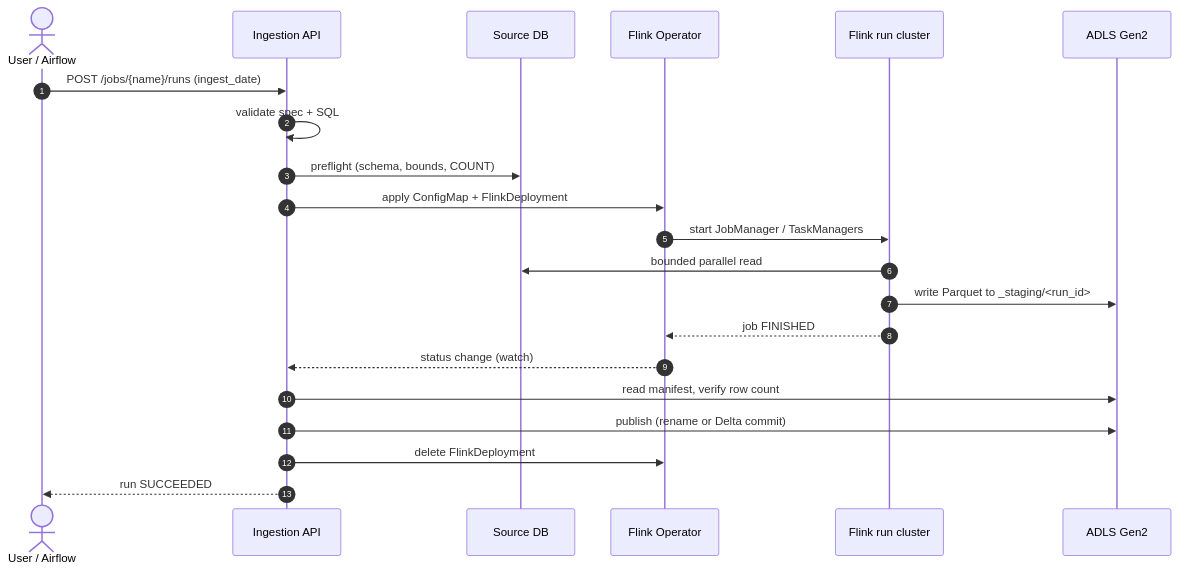
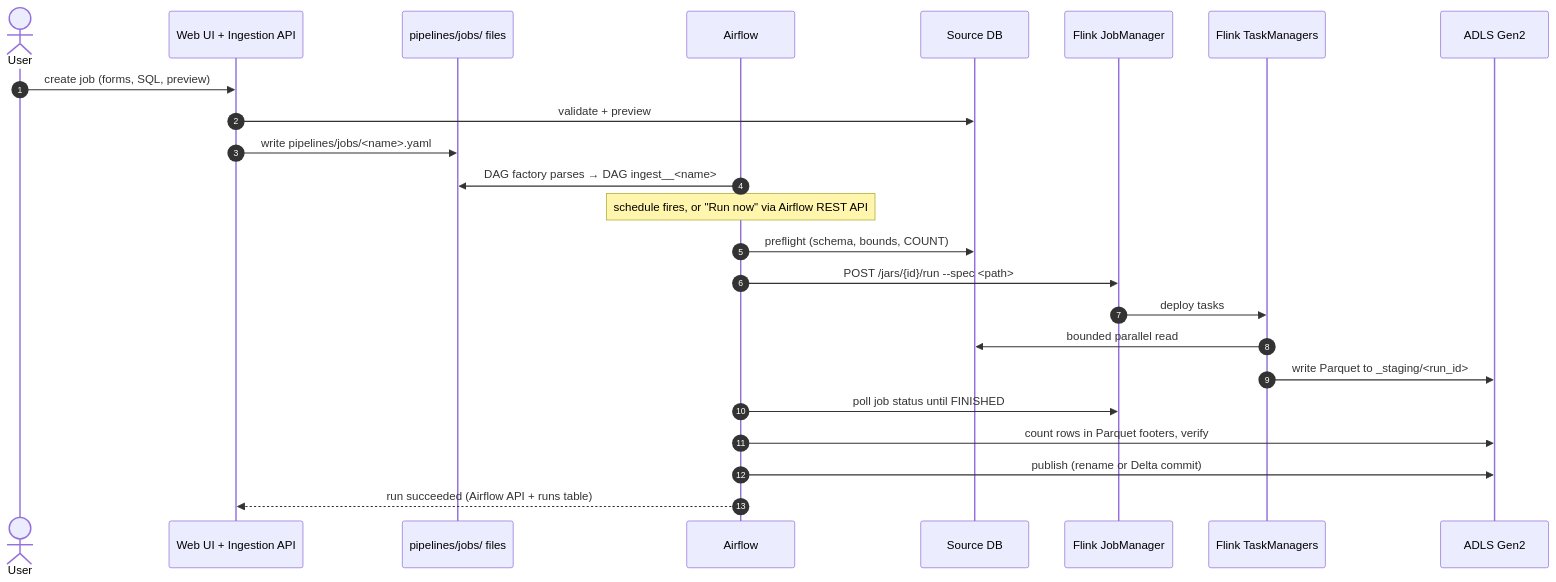
One commit to thanhphat2609/data-onboarding-ingestion changed the diagram in docs/architecture.md. Above: the diagram before and after it, drawn with Mermaid. The commit also changed other lines of this file and 102 other files, not shown here.

````diff
--- a/docs/architecture.md
+++ b/docs/architecture.md
@@ -111,24 +143,27 @@
 ```mermaid
 sequenceDiagram
     autonumber
-    actor U as User / Airflow
-    participant API as Ingestion API
+    actor U as User
+    participant API as Web UI + Ingestion API
+    participant FS as pipelines/jobs/ files
+    participant AF as Airflow
     participant SRC as Source DB
-    participant K8S as Flink Operator
-    participant F as Flink run cluster
+    participant JM as Flink JobManager
+    participant TM as Flink TaskManagers
     participant LAKE as ADLS Gen2
 
-    U->>API: POST /jobs/{name}/runs (ingest_date)
-    API->>API: validate spec + SQL
-    API->>SRC: preflight (schema, bounds, COUNT)
-    API->>K8S: apply ConfigMap + FlinkDeployment
-    K8S->>F: start JobManager / TaskManagers
-    F->>SRC: bounded parallel read
-    F->>LAKE: write Parquet to _staging/<run_id>
-    F-->>K8S: job FINISHED
-    K8S-->>API: status change (watch)
-    API->>LAKE: read manifest, verify row count
-    API->>LAKE: publish (rename or Delta commit)
-    API->>K8S: delete FlinkDeployment
-    API-->>U: run SUCCEEDED
+    U->>API: create job (forms, SQL, preview)
+    API->>SRC: validate + preview
+    API->>FS: write pipelines/jobs/<name>.yaml
+    AF->>FS: DAG factory parses → DAG ingest__<name>
+    Note over AF: schedule fires, or "Run now" via Airflow REST API
+    AF->>SRC: preflight (schema, bounds, COUNT)
+    AF->>JM: POST /jars/{id}/run --spec <path>
+    JM->>TM: deploy tasks
+    TM->>SRC: bounded parallel read
+    TM->>LAKE: write Parquet to _staging/<run_id>
+    AF->>JM: poll job status until FINISHED
+    AF->>LAKE: count rows in Parquet footers, verify
+    AF->>LAKE: publish (rename or Delta commit)
+    AF-->>API: run succeeded (Airflow API + runs table)
 ```
````
